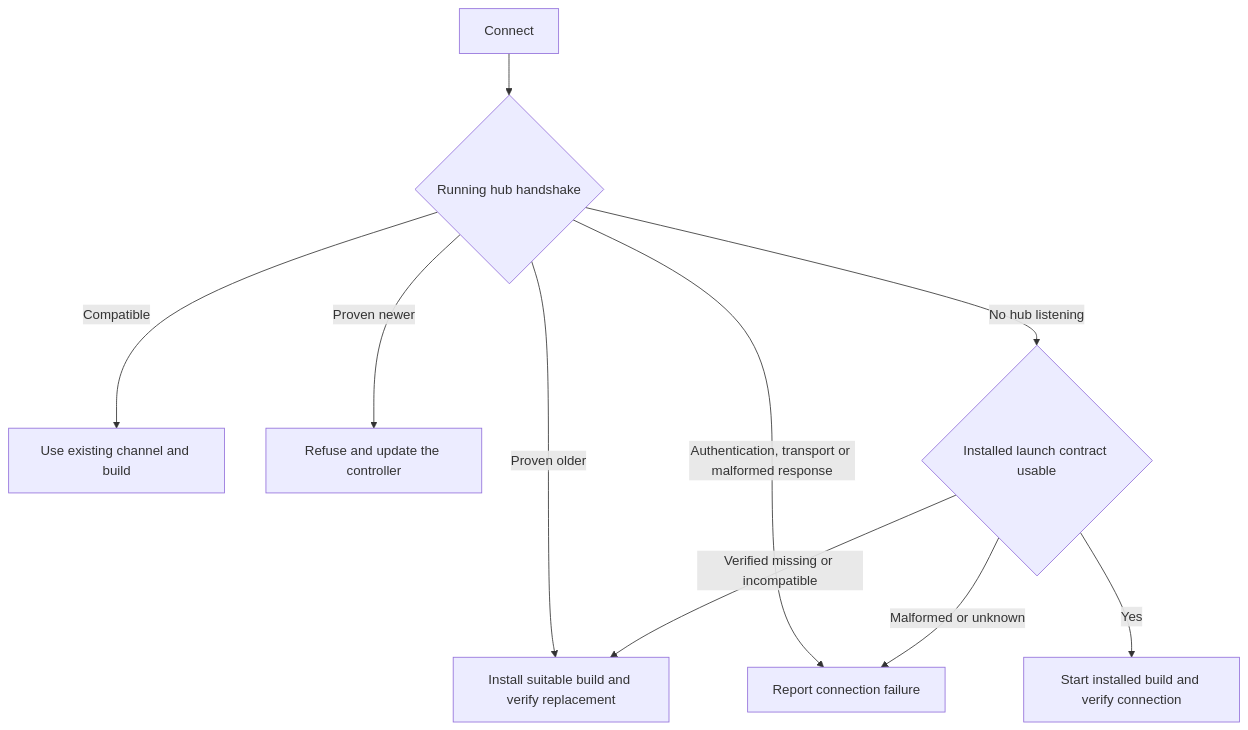
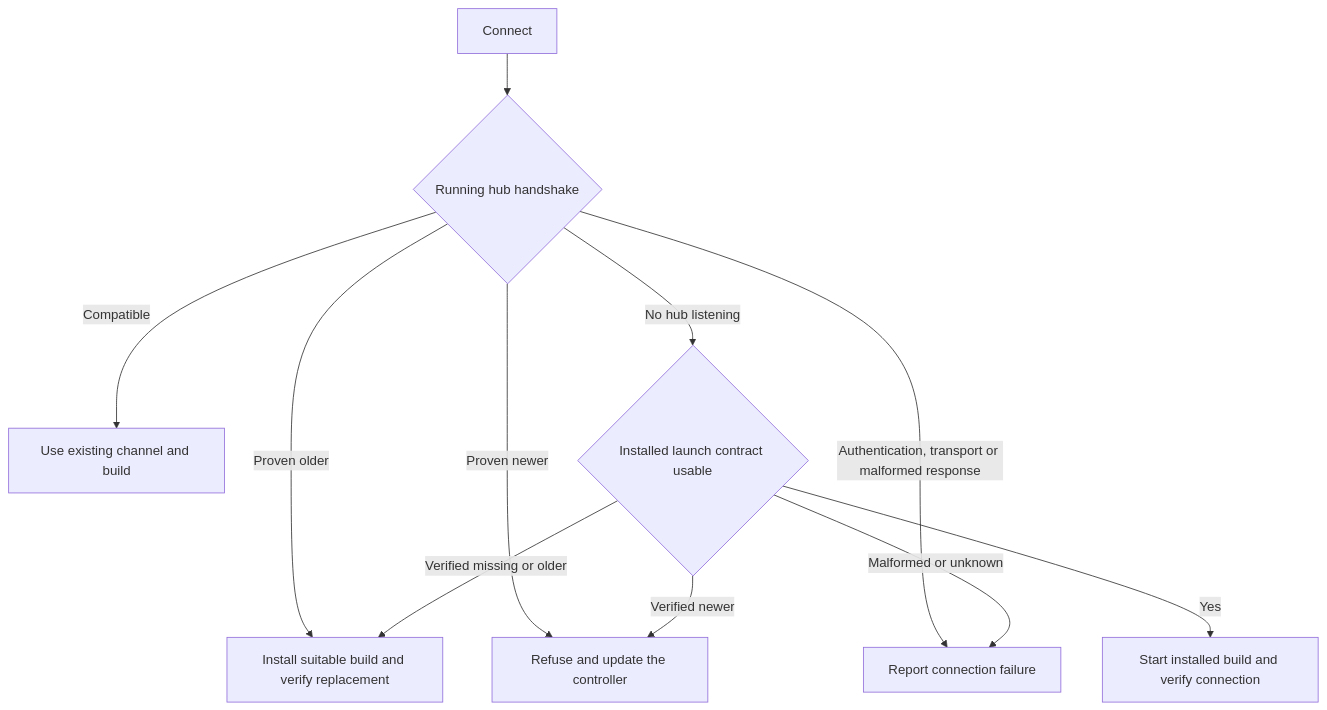
The second of 2 diagrams in docs/evener-hub.md (prime-radiant-inc/evener), drawn with Mermaid before and after one commit. The commit also changed 2 other files, not shown here.

Commit message:
fix(sshconn): veto pending replays on a newer installed protocol
PAR re-review caught that the version-mismatch clause still replayed a restart-authorized pending deployment over a newer disk. A proven newer protocol now vetoes every replay clause, so ensureOnce refuses with ErrHostProtocolNewer and keeps the record. The live newer-disk guard also reports the precise refusal when deployment is disabled, and the cold-start flowchart routes a verified newer installation to the controller update.

````diff
--- a/docs/evener-hub.md
+++ b/docs/evener-hub.md
@@ -465,12 +465,13 @@
 ```mermaid
 flowchart TD
     A[Connect] --> B{Running hub handshake}
     B -->|Compatible| C[Use existing channel and build]
     B -->|Proven older| D[Install suitable build and verify replacement]
     B -->|Proven newer| N[Refuse and update the controller]
     B -->|Authentication, transport or malformed response| E[Report connection failure]
     B -->|No hub listening| F{Installed launch contract usable}
     F -->|Yes| G[Start installed build and verify connection]
-    F -->|Verified missing or incompatible| D
+    F -->|Verified missing or older| D
+    F -->|Verified newer| N
     F -->|Malformed or unknown| E
 ```
````
